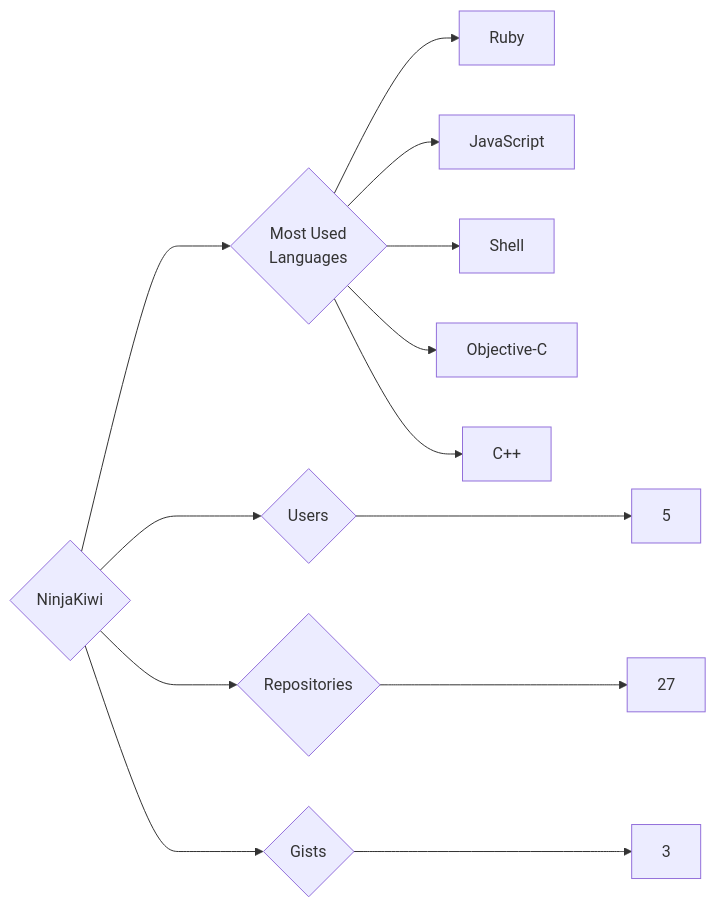
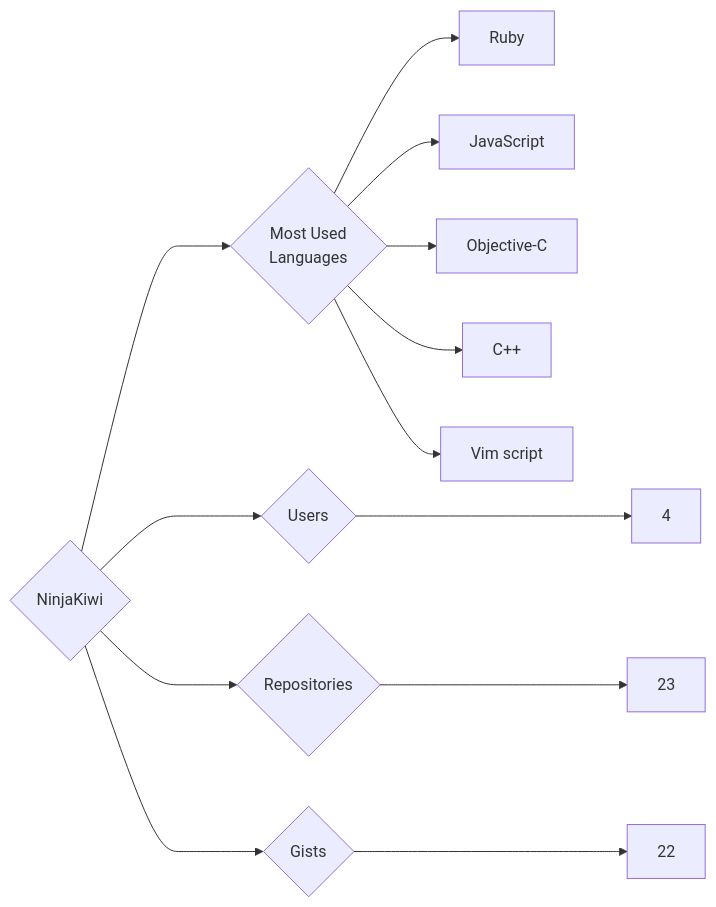
One commit to trickest/insiders changed the diagram in targets/NinjaKiwi/README.md. Above: the diagram before and after it, drawn with Mermaid. The commit also changed 794 other files, not shown here.

````diff
--- a/targets/NinjaKiwi/README.md
+++ b/targets/NinjaKiwi/README.md
@@ -3,13 +3,13 @@
 ```mermaid
 graph LR
 COMPANY_NAME{NinjaKiwi}
-COMPANY_NAME ---> U{Users} ---> UN[5]
-COMPANY_NAME ---> R{Repositories} ---> RN[27]
-COMPANY_NAME ---> G{Gists} ---> GN[3]
+COMPANY_NAME ---> U{Users} ---> UN[4]
+COMPANY_NAME ---> R{Repositories} ---> RN[23]
+COMPANY_NAME ---> G{Gists} ---> GN[22]
 COMPANY_NAME ---> ML{Most Used<br>Languages}
 ML --> Ruby[Ruby]
 ML --> JavaScript[JavaScript]
-ML --> Shell[Shell]
 ML --> Objective-C[Objective-C]
 ML --> C++[C++]
+ML --> Vim_script[Vim script]
 ```
````
